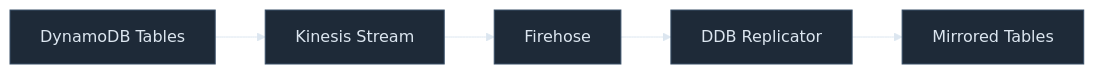
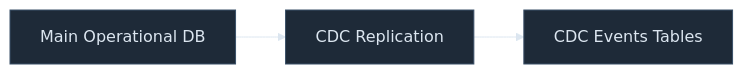
One commit to mosh-ja/itl-presentation changed the second of 5 diagrams in pages/03-functional.md. Above: the diagram before and after it, drawn with Mermaid. The commit also changed other lines of this file and 11 other files, not shown here.

````diff
--- a/pages/03-functional.md
+++ b/pages/03-functional.md
@@ -59,22 +63,20 @@
 ```mermaid
 %%{init: {
   'theme': 'base',
   'themeVariables': {
     'background': '#0B0F14',
     'primaryColor': '#1e2a38',
     'primaryBorderColor': '#3a5068',
     'primaryTextColor': '#dce6f0',
     'lineColor': '#dce6f0',
     'edgeColor': '#7ab8e0',
     'edgeLabelBackground': '#1e2a38'
   }
 }}%%
 graph LR
-    DDB_IN["DynamoDB Tables"]
-    KS["Kinesis Stream"]
-    Firehose
-    DDB_REP["DDB Replicator"]
-    DDB_OUT["Mirrored Tables"]
+    CL_IN["Main Operational DB"]
+    DMS["CDC Replication"]
+    CDC_OUT["CDC Events Tables"]
 
-    DDB_IN --> KS --> Firehose --> DDB_REP --> DDB_OUT
+    CL_IN --> DMS --> CDC_OUT
 ```
````
